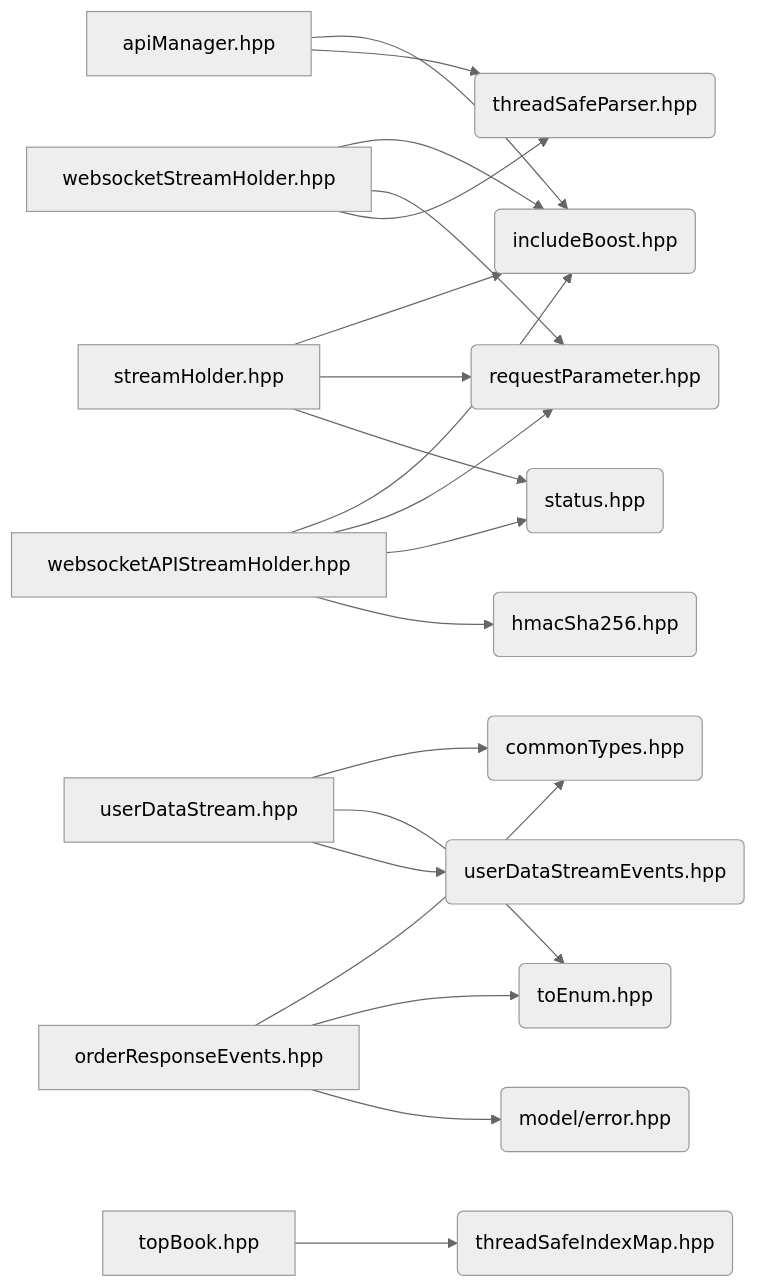
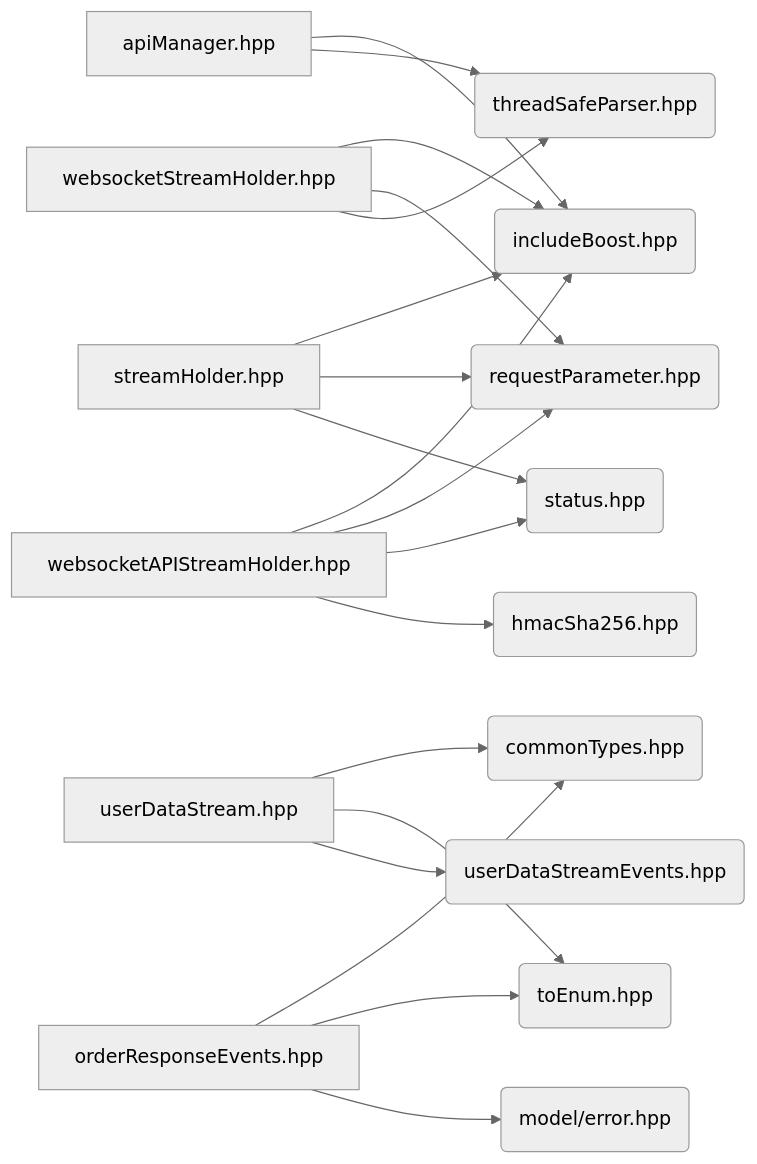
One commit to Datakan13/AstraConnect changed the third of 6 diagrams in doc/DEPENDENCY_GRAPH.md. Above: the diagram before and after it, drawn with Mermaid (neutral theme). The commit also changed other lines of this file and 10 other files, not shown here.

````diff
--- a/doc/DEPENDENCY_GRAPH.md
+++ b/doc/DEPENDENCY_GRAPH.md
@@ -149,34 +147,32 @@
 ```mermaid
 graph LR
 
     IB(includeBoost.hpp)
     RP(requestParameter.hpp)
     ST(status.hpp)
     TP(threadSafeParser.hpp)
     HM(hmacSha256.hpp)
     CT(commonTypes.hpp)
     TE(toEnum.hpp)
     USE(userDataStreamEvents.hpp)
     ER(model/error.hpp)
-    TSI(threadSafeIndexMap.hpp)
 
     SH[streamHolder.hpp]               --> IB
     SH                                 --> RP
     SH                                 --> ST
     WSH[websocketStreamHolder.hpp]     --> IB
     WSH                                --> RP
     WSH                                --> TP
     WAPI[websocketAPIStreamHolder.hpp] --> IB
     WAPI                               --> RP
     WAPI                               --> ST
     WAPI                               --> HM
     MGR[apiManager.hpp]                --> IB
     MGR                                --> TP
     UDS[userDataStream.hpp]            --> CT
     UDS                                --> TE
     UDS                                --> USE
     ORE[orderResponseEvents.hpp]       --> CT
     ORE                                --> TE
     ORE                                --> ER
-    TB[topBook.hpp]                    --> TSI
 ```
````
